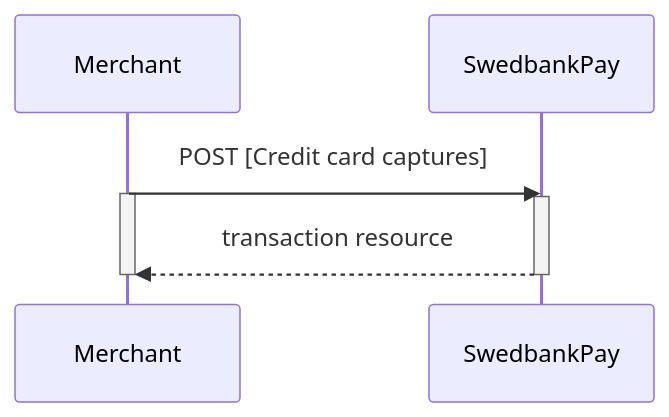
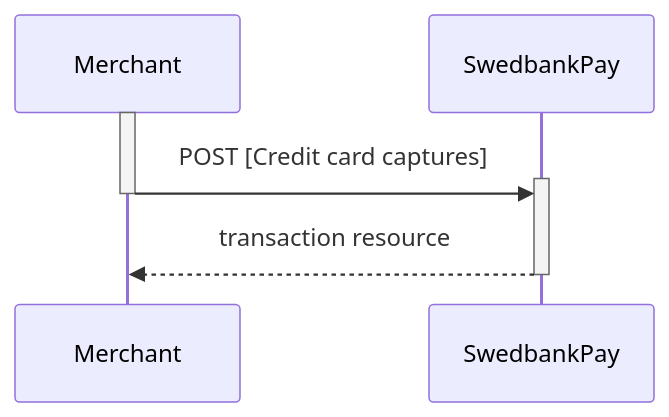
The first of 10 diagrams in payments/credit-card/after-payment.md (SwedbankPay/developer.swedbankpay.com), drawn with Mermaid before and after one commit. The commit also changed other lines of this file, not shown here.

Commit message:
DX-406 added descriptions of properties, fixed sequence diagrams, added code fences, typo fix, and added links

````diff
--- a/payments/credit-card/after-payment.md
+++ b/payments/credit-card/after-payment.md
@@ -173,9 +203,8 @@
 ```mermaid
 sequenceDiagram
-  Merchant->>SwedbankPay: POST [Credit card captures]
   activate Merchant
-  activate SwedbankPay
+  Merchant->>+SwedbankPay: POST [Credit card captures]
+  deactivate Merchant
   SwedbankPay-->>Merchant: transaction resource
   deactivate SwedbankPay
-  deactivate Merchant
 ```
````
